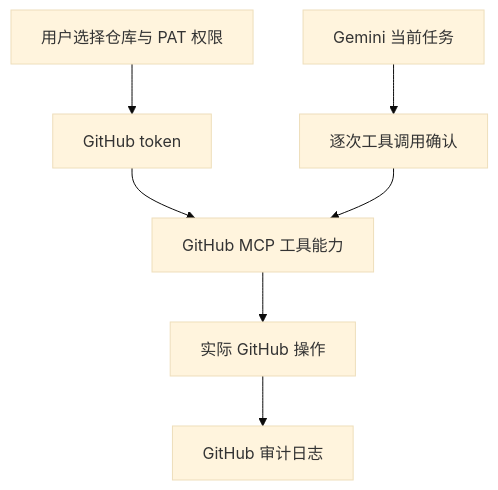
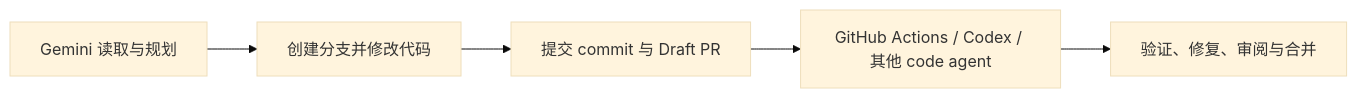
One commit to hrygo/gemini-github-mcp-proxy changed the second of 2 diagrams in README.md. Above: the diagram before and after it, drawn with Mermaid (base theme). The commit also changed other lines of this file and 3 other files, not shown here.

````diff
--- a/README.md
+++ b/README.md
@@ -191,9 +57,7 @@
 ```mermaid
-flowchart TD
-    U[用户选择仓库与 PAT 权限] --> T[GitHub token]
-    T --> X[GitHub MCP 工具能力]
-    G[Gemini 当前任务] --> C[逐次工具调用确认]
-    C --> X
-    X --> O[实际 GitHub 操作]
-    O --> L[GitHub 审计日志]
+flowchart LR
+    T[Gemini 读取与规划] --> B[创建分支并修改代码]
+    B --> PR[提交 commit 与 Draft PR]
+    PR --> CI[GitHub Actions / Codex / 其他 code agent]
+    CI --> V[验证、修复、审阅与合并]
 ```
````
